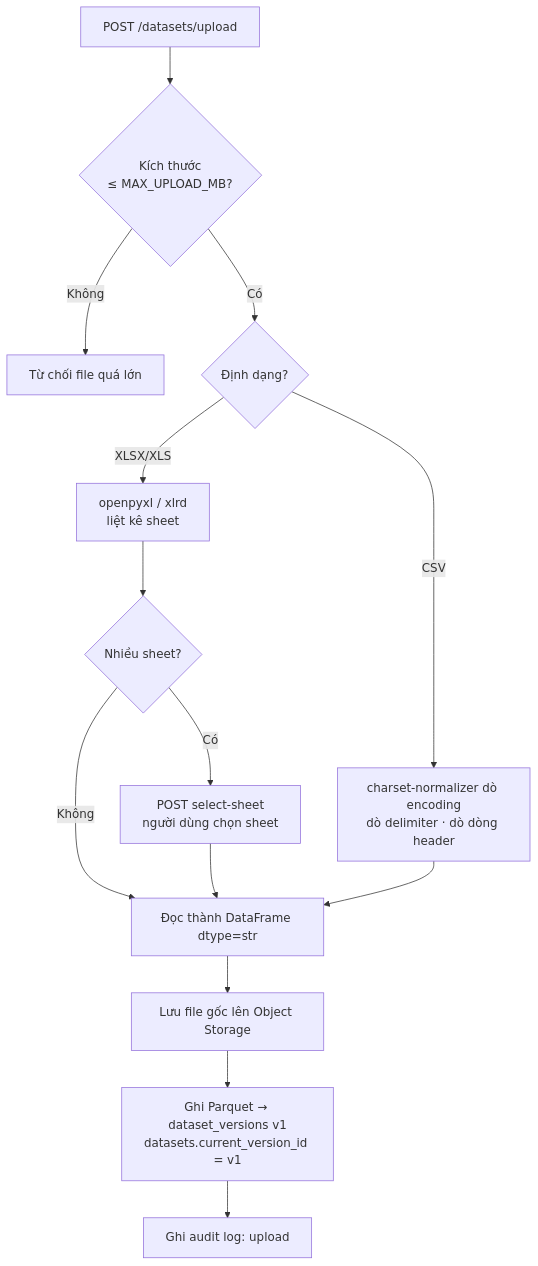
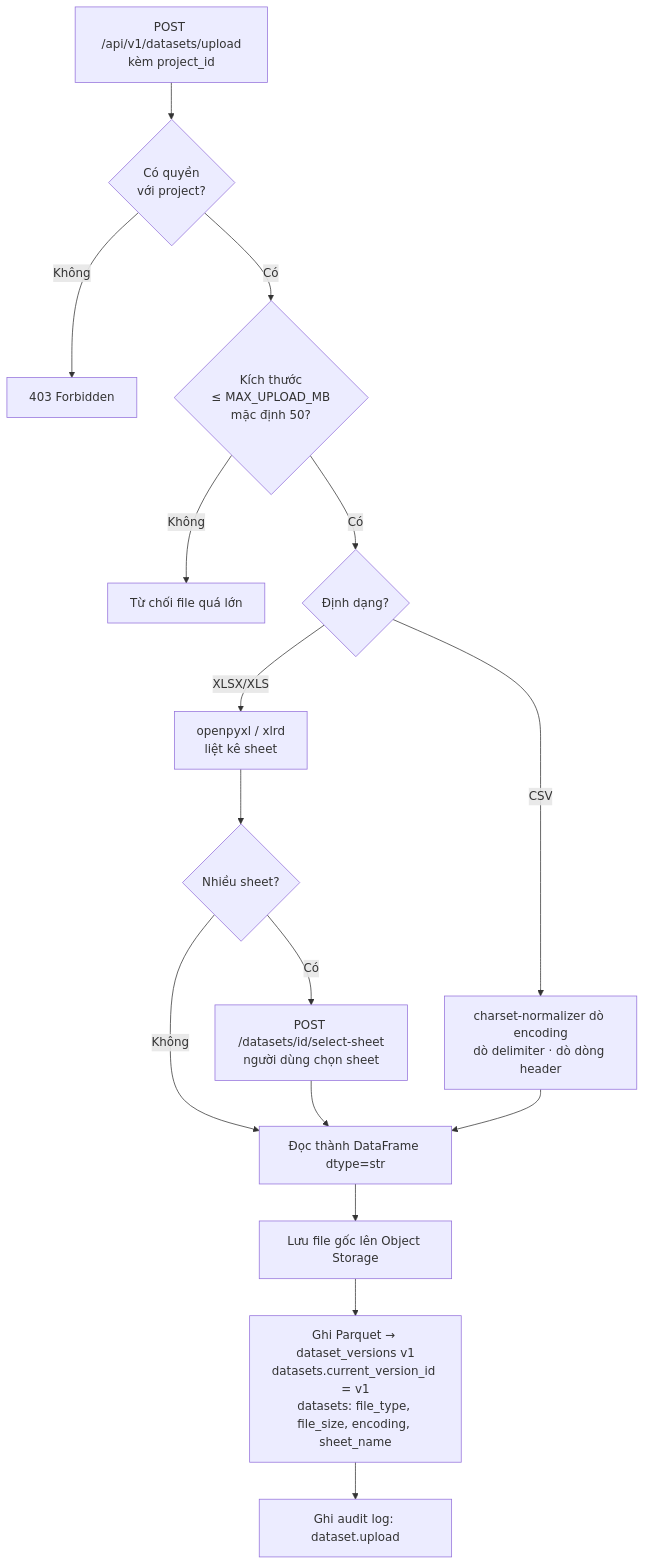
One commit to 2431540234-arch/clean-data changed the fifth of 15 diagrams in data-cleaning-platform/docs/flow-diagram.md. Above: the diagram before and after it, drawn with Mermaid. The commit also changed other lines of this file and 6 other files, not shown here.

````diff
--- a/data-cleaning-platform/docs/flow-diagram.md
+++ b/data-cleaning-platform/docs/flow-diagram.md
@@ -149,16 +184,18 @@
 ```mermaid
 flowchart TD
-    A[POST /datasets/upload] --> B{Kích thước<br/>≤ MAX_UPLOAD_MB?}
+    A[POST /api/v1/datasets/upload<br/>kèm project_id] --> A2{Có quyền<br/>với project?}
+    A2 -- Không --> X0[403 Forbidden]
+    A2 -- Có --> B{Kích thước<br/>≤ MAX_UPLOAD_MB<br/>mặc định 50?}
     B -- Không --> X1[Từ chối file quá lớn]
     B -- Có --> C{Định dạng?}
     C -- CSV --> D[charset-normalizer dò encoding<br/>dò delimiter · dò dòng header]
     C -- XLSX/XLS --> E[openpyxl / xlrd<br/>liệt kê sheet]
     E --> F{Nhiều sheet?}
-    F -- Có --> G[POST select-sheet<br/>người dùng chọn sheet]
+    F -- Có --> G[POST /datasets/id/select-sheet<br/>người dùng chọn sheet]
     F -- Không --> H
     G --> H
     D --> H[Đọc thành DataFrame dtype=str]
     H --> I[Lưu file gốc lên Object Storage]
-    I --> J[Ghi Parquet → dataset_versions v1<br/>datasets.current_version_id = v1]
-    J --> K[Ghi audit log: upload]
+    I --> J[Ghi Parquet → dataset_versions v1<br/>datasets.current_version_id = v1<br/>datasets: file_type, file_size, encoding, sheet_name]
+    J --> K[Ghi audit log: dataset.upload]
 ```
````
